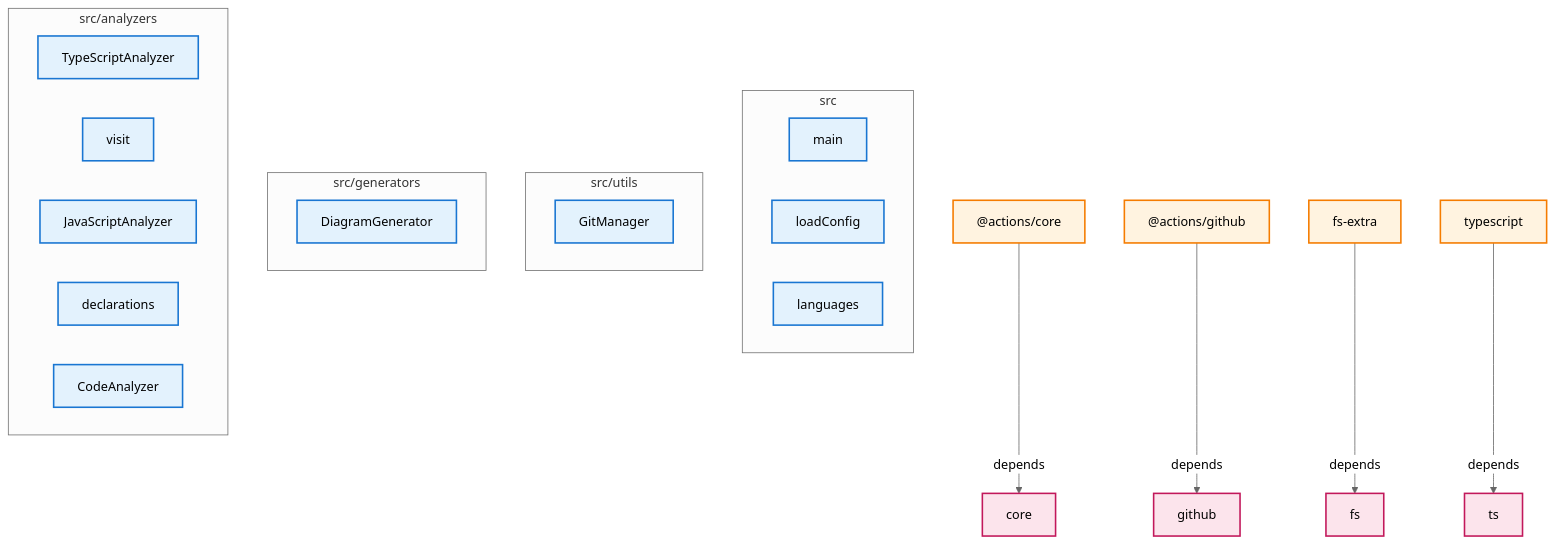
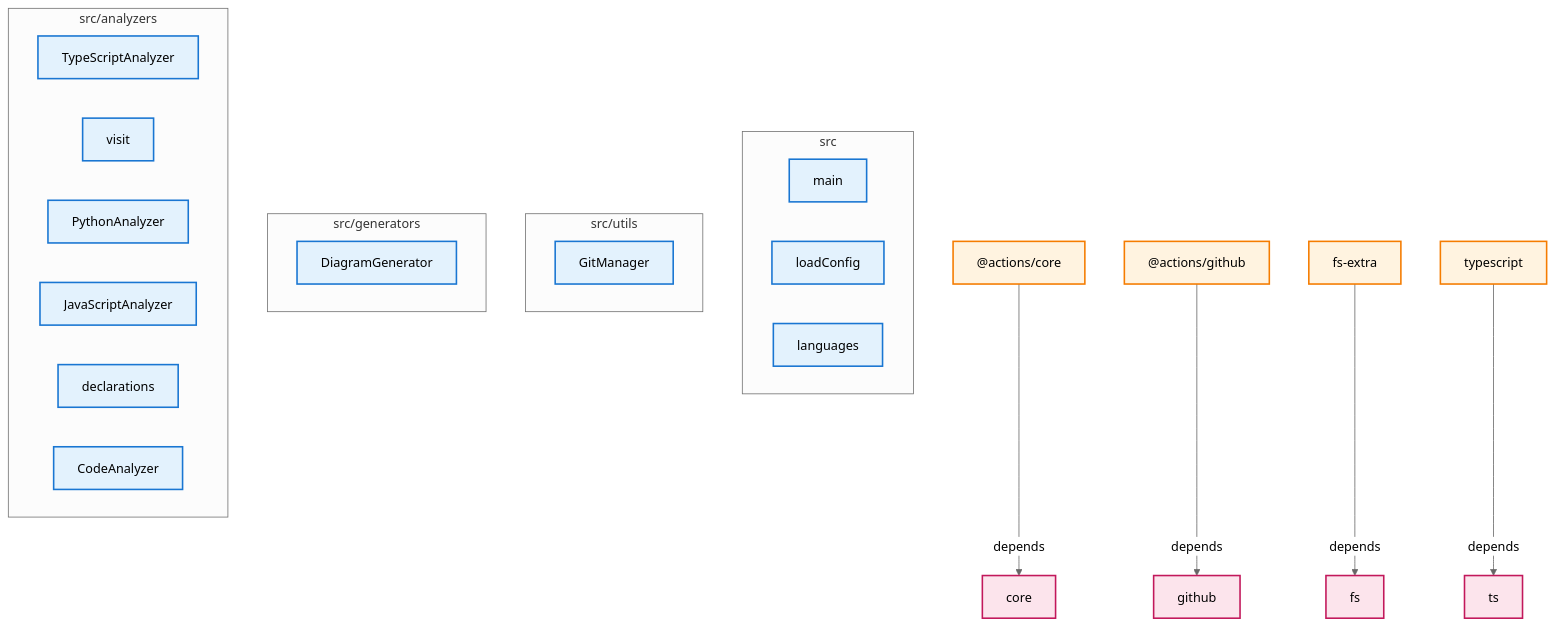
The diagram in docs/architecture/architecture.md (samjhill/diagrammer), drawn with Mermaid (neutral theme) before and after one commit.

Commit message:
docs(architecture): update generated diagrams [skip ci]

````diff
--- a/docs/architecture/architecture.md
+++ b/docs/architecture/architecture.md
@@ -5,62 +5,64 @@
 ```mermaid
 graph TD
   classDef component fill:#e3f2fd,stroke:#1976d2,stroke-width:2px
   classDef external fill:#fff3e0,stroke:#f57c00,stroke-width:2px
   classDef internal fill:#e8f5e8,stroke:#388e3c,stroke-width:2px
   classDef dependency fill:#fce4ec,stroke:#c2185b,stroke-width:2px
   classDef group fill:#f3e5f5,stroke:#7b1fa2,stroke-width:3px
 
   subgraph src["src"]
     main["main"]
     loadConfig["loadConfig"]
     languages["languages"]
   end
 
   subgraph src_utils["src/utils"]
     GitManager["GitManager"]
   end
 
   subgraph src_generators["src/generators"]
     DiagramGenerator["DiagramGenerator"]
   end
 
   subgraph src_analyzers["src/analyzers"]
     TypeScriptAnalyzer["TypeScriptAnalyzer"]
     visit["visit"]
+    PythonAnalyzer["PythonAnalyzer"]
     JavaScriptAnalyzer["JavaScriptAnalyzer"]
     declarations["declarations"]
     CodeAnalyzer["CodeAnalyzer"]
   end
 
   _actions_core["@actions/core"]
   _actions_core:::external
   core["core"]
   core:::dependency
   _actions_core -->|depends| core
   _actions_github["@actions/github"]
   _actions_github:::external
   github["github"]
   github:::dependency
   _actions_github -->|depends| github
   fs_extra["fs-extra"]
   fs_extra:::external
   fs["fs"]
   fs:::dependency
   fs_extra -->|depends| fs
   typescript["typescript"]
   typescript:::external
   ts["ts"]
   ts:::dependency
   typescript -->|depends| ts
   main:::component
   loadConfig:::component
   languages:::component
   GitManager:::component
   DiagramGenerator:::component
   TypeScriptAnalyzer:::component
   visit:::component
+  PythonAnalyzer:::component
   JavaScriptAnalyzer:::component
   declarations:::component
   CodeAnalyzer:::component
 
 ```
````
